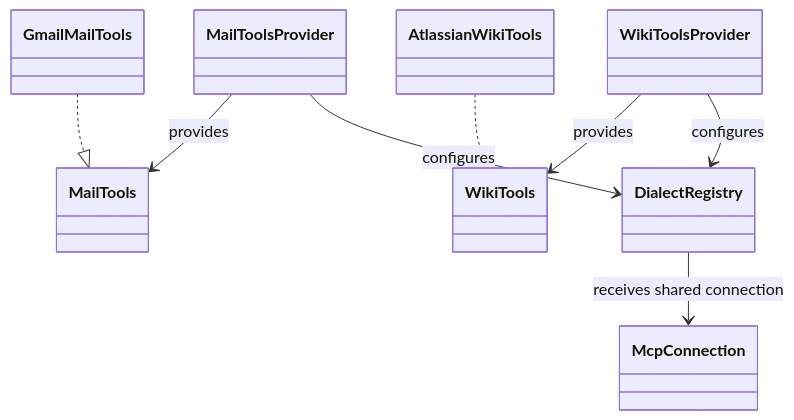
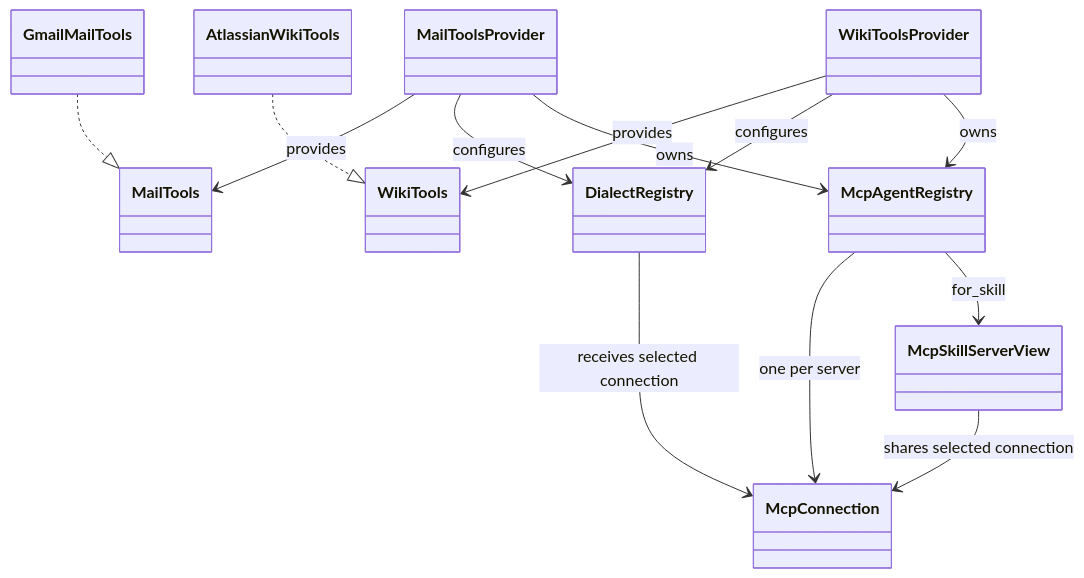
One commit to ygo74/ai_agents changed the first of 2 diagrams in doc/contributors/mcp-clients.md. Above: the diagram before and after it, drawn with Mermaid. The commit also changed other lines of this file and 110 other files, not shown here.

````diff
--- a/doc/contributors/mcp-clients.md
+++ b/doc/contributors/mcp-clients.md
@@ -11,18 +11,25 @@
 ```mermaid
 classDiagram
     class MailTools
     class WikiTools
     class MailToolsProvider
     class WikiToolsProvider
     class McpConnection
+    class McpAgentRegistry
+    class McpSkillServerView
     class DialectRegistry
     class GmailMailTools
     class AtlassianWikiTools
     MailToolsProvider --> MailTools : provides
     WikiToolsProvider --> WikiTools : provides
     GmailMailTools ..|> MailTools
     AtlassianWikiTools ..|> WikiTools
     MailToolsProvider --> DialectRegistry : configures
     WikiToolsProvider --> DialectRegistry : configures
-    DialectRegistry --> McpConnection : receives shared connection
+    MailToolsProvider --> McpAgentRegistry : owns
+    WikiToolsProvider --> McpAgentRegistry : owns
+    McpAgentRegistry --> McpConnection : one per server
+    McpAgentRegistry --> McpSkillServerView : for_skill
+    McpSkillServerView --> McpConnection : shares selected connection
+    DialectRegistry --> McpConnection : receives selected connection
 ```
````
